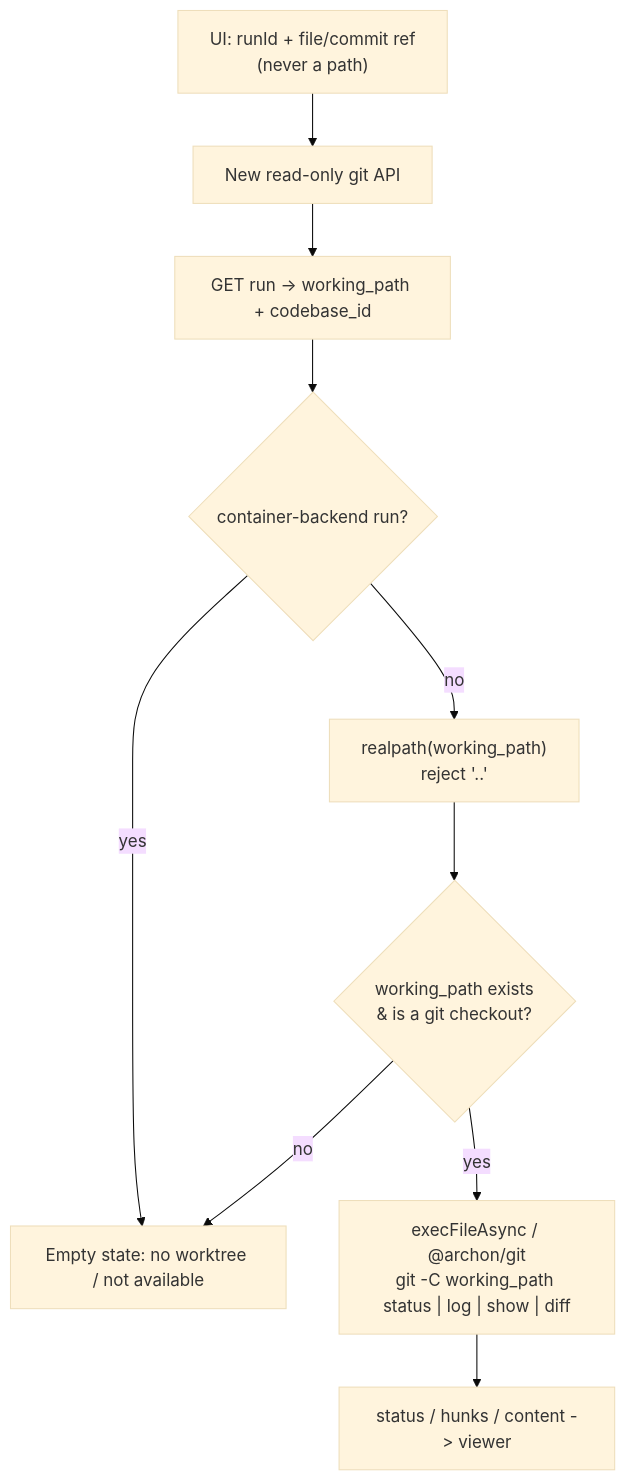
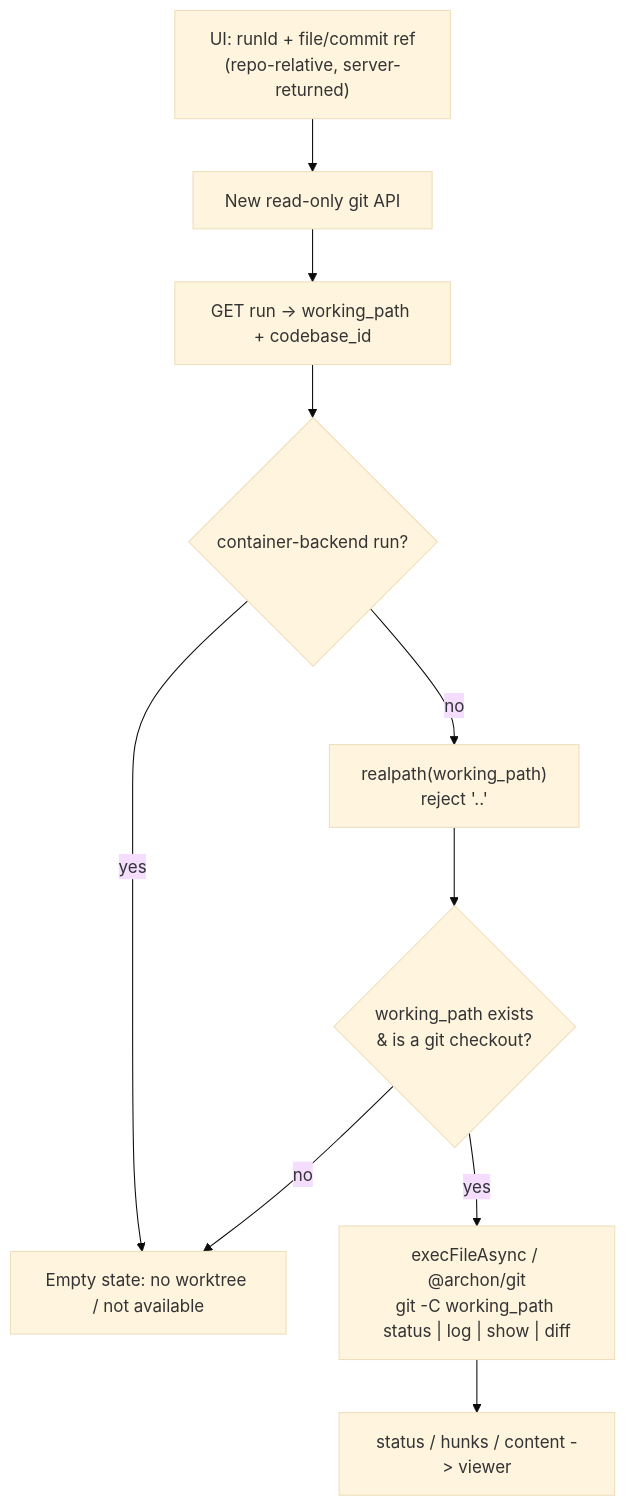
One commit to anhle128/Archon changed the second of 3 diagrams in _bmad-output/planning-artifacts/prds/prd-source-control/addendum.md. Above: the diagram before and after it, drawn with Mermaid (base theme). The commit also changed other lines of this file and 28 other files, not shown here.

````diff
--- a/_bmad-output/planning-artifacts/prds/prd-source-control/addendum.md
+++ b/_bmad-output/planning-artifacts/prds/prd-source-control/addendum.md
@@ -101,12 +103,12 @@
 ```mermaid
 flowchart TD
-  ui["UI: runId + file/commit ref\n(never a path)"] --> api["New read-only git API"]
+  ui["UI: runId + file/commit ref\n(repo-relative, server-returned)"] --> api["New read-only git API"]
   api --> lookup["GET run -> working_path + codebase_id"]
   lookup --> ctr{"container-backend run?"}
   ctr -- yes --> gone["Empty state: no worktree / not available"]
   ctr -- no --> rp["realpath(working_path)\nreject '..'"]
   rp --> chk{"working_path exists\n& is a git checkout?"}
   chk -- no --> gone
   chk -- yes --> git["execFileAsync / @archon/git\ngit -C working_path status | log | show | diff"]
   git --> out["status / hunks / content -> viewer"]
 ```
````
